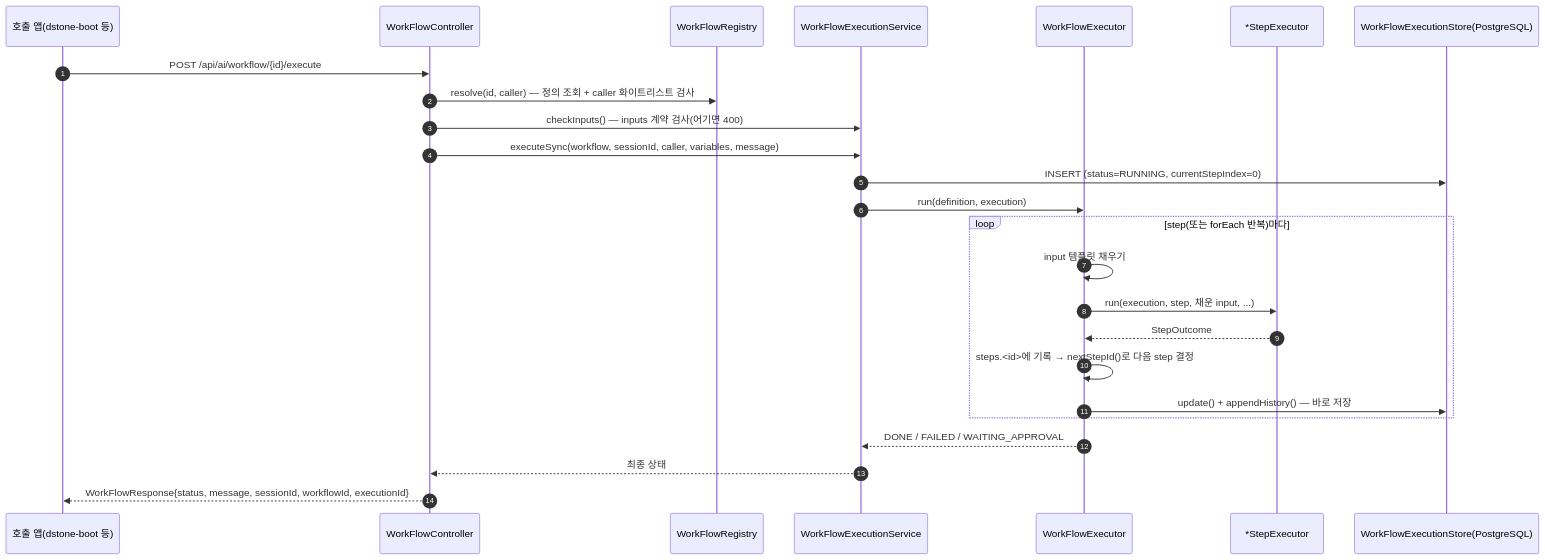
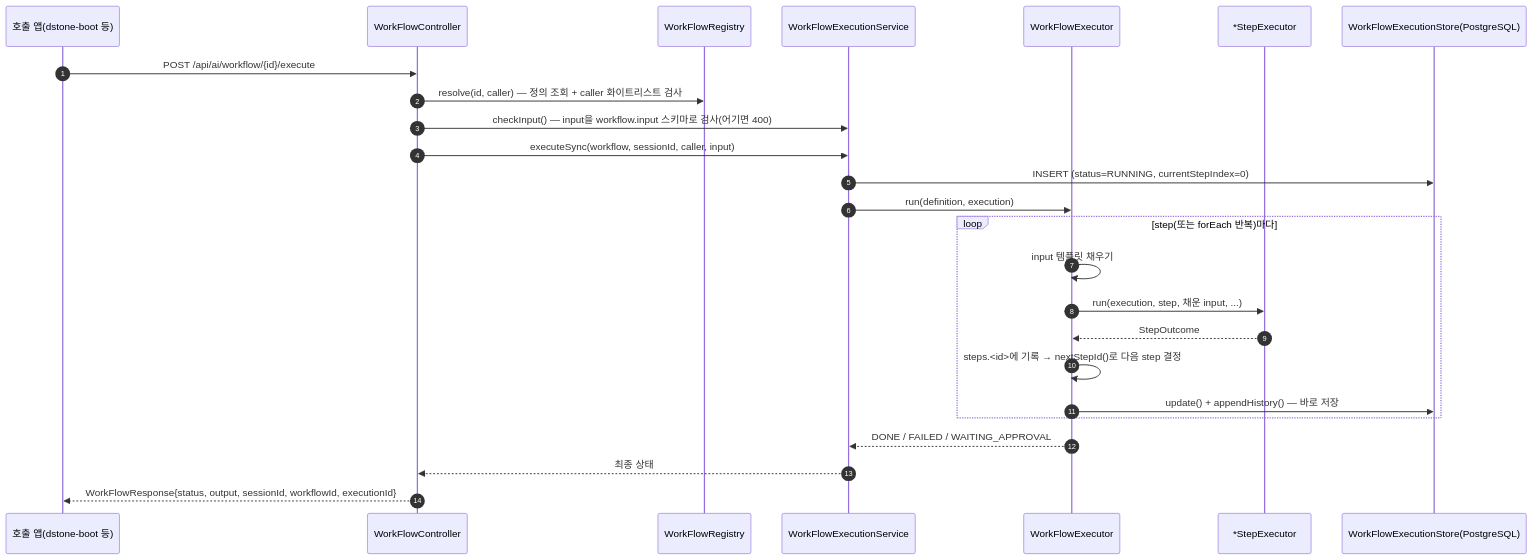
One commit to YongSoekChoeng/dstone changed the third of 9 diagrams in docs/09.dstone-ai-engine.md. Above: the diagram before and after it, drawn with Mermaid. The commit also changed other lines of this file and 97 other files, not shown here.

````diff
--- a/docs/09.dstone-ai-engine.md
+++ b/docs/09.dstone-ai-engine.md
@@ -414,28 +429,28 @@
 ```mermaid
 sequenceDiagram
     autonumber
     participant C as 호출 앱(dstone-boot 등)
     participant WC as WorkFlowController
     participant WR as WorkFlowRegistry
     participant WS as WorkFlowExecutionService
     participant WE as WorkFlowExecutor
     participant SR as *StepExecutor
     participant ST as WorkFlowExecutionStore(PostgreSQL)
 
     C->>WC: POST /api/ai/workflow/{id}/execute
     WC->>WR: resolve(id, caller) — 정의 조회 + caller 화이트리스트 검사
-    WC->>WS: checkInputs() — inputs 계약 검사(어기면 400)
-    WC->>WS: executeSync(workflow, sessionId, caller, variables, message)
+    WC->>WS: checkInput() — input을 workflow.input 스키마로 검사(어기면 400)
+    WC->>WS: executeSync(workflow, sessionId, caller, input)
     WS->>ST: INSERT (status=RUNNING, currentStepIndex=0)
     WS->>WE: run(definition, execution)
     loop step(또는 forEach 반복)마다
         WE->>WE: input 템플릿 채우기
         WE->>SR: run(execution, step, 채운 input, ...)
         SR-->>WE: StepOutcome
         WE->>WE: steps.<id>에 기록 → nextStepId()로 다음 step 결정
         WE->>ST: update() + appendHistory() — 바로 저장
     end
     WE-->>WS: DONE / FAILED / WAITING_APPROVAL
     WS-->>WC: 최종 상태
-    WC-->>C: WorkFlowResponse{status, message, sessionId, workflowId, executionId}
+    WC-->>C: WorkFlowResponse{status, output, sessionId, workflowId, executionId}
 ```
````
